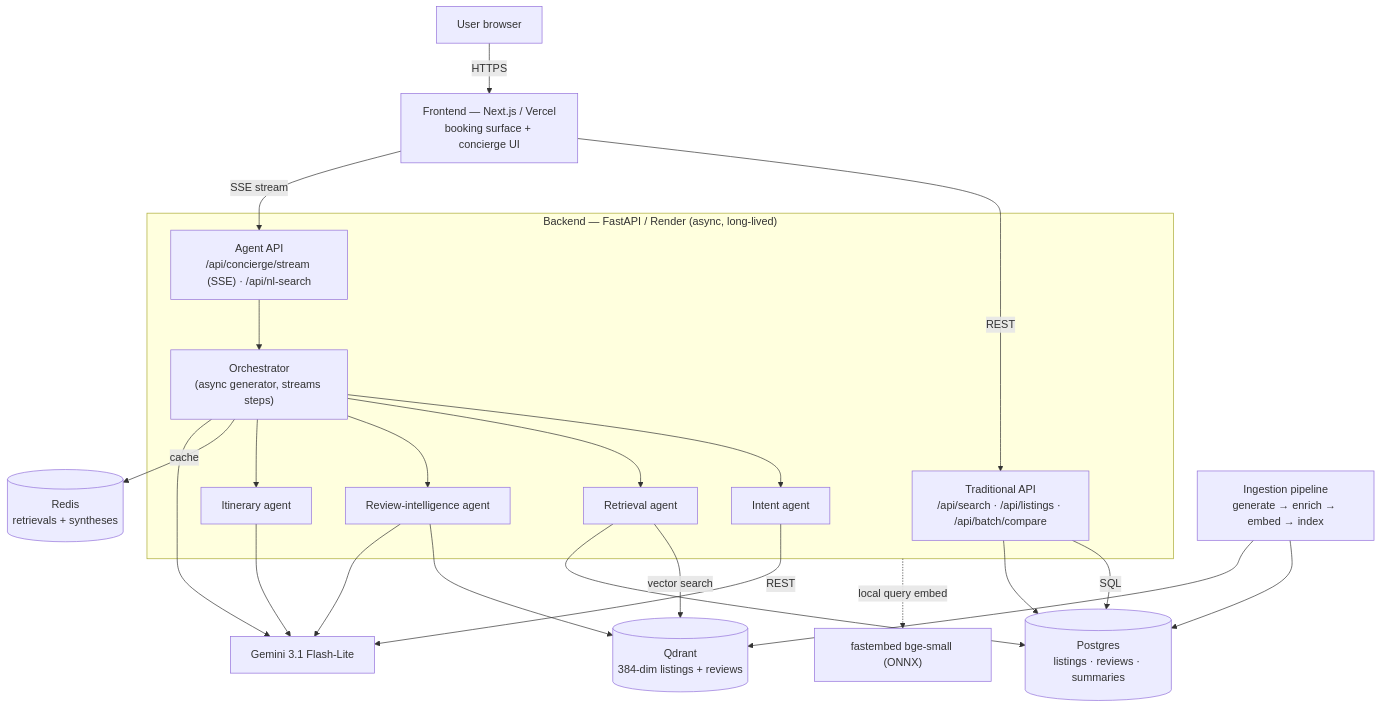
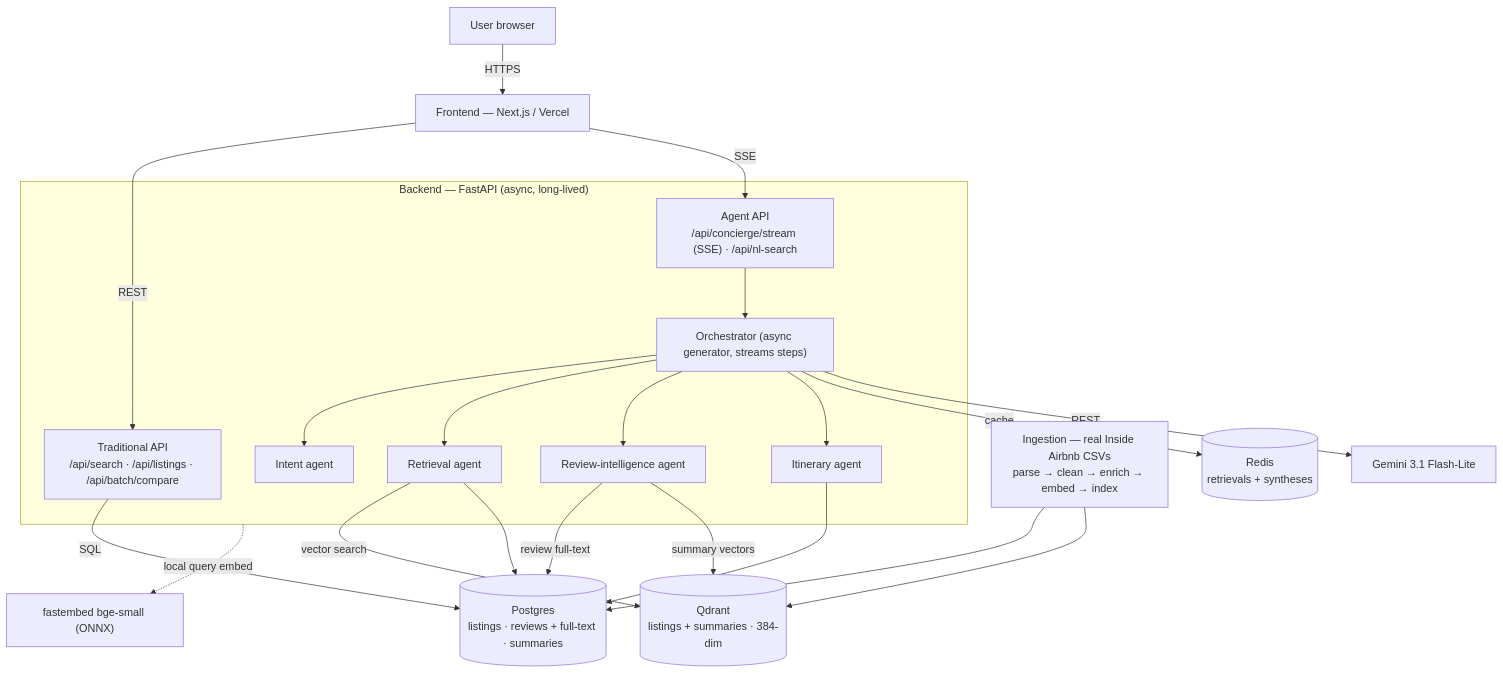
One commit to pRiMeXoMeGa/travel-discovery-ai changed the diagram in README.md. Above: the diagram before and after it, drawn with Mermaid. The commit also changed other lines of this file and 24 other files, not shown here.

````diff
--- a/README.md
+++ b/README.md
@@ -20,32 +20,30 @@
 ```mermaid
 flowchart TD
-    U[User browser] -->|HTTPS| FE["Frontend — Next.js / Vercel<br/>booking surface + concierge UI"]
+    U[User browser] -->|HTTPS| FE["Frontend — Next.js / Vercel"]
     FE -->|REST| API
-    FE -->|SSE stream| STREAM
+    FE -->|SSE| STREAM
 
-    subgraph BE["Backend — FastAPI / Render (async, long-lived)"]
+    subgraph BE["Backend — FastAPI (async, long-lived)"]
         API["Traditional API<br/>/api/search · /api/listings · /api/batch/compare"]
         STREAM["Agent API<br/>/api/concierge/stream (SSE) · /api/nl-search"]
-        ORCH["Orchestrator<br/>(async generator, streams steps)"]
+        ORCH["Orchestrator (async generator, streams steps)"]
         STREAM --> ORCH
         ORCH --> AINT[Intent agent]
         ORCH --> ARET[Retrieval agent]
         ORCH --> AREV[Review-intelligence agent]
         ORCH --> AITI[Itinerary agent]
     end
 
-    API -->|SQL| PG[("Postgres<br/>listings · reviews · summaries")]
-    ARET -->|vector search| QD[("Qdrant<br/>384-dim listings + reviews")]
-    AREV --> QD
-    API --> PG
+    API -->|SQL| PG[("Postgres<br/>listings · reviews + full-text · summaries")]
+    ARET -->|vector search| QD[("Qdrant<br/>listings + summaries · 384-dim")]
     ARET --> PG
+    AREV -->|review full-text| PG
+    AREV -->|summary vectors| QD
+    AITI --> PG
     ORCH -->|cache| RD[("Redis<br/>retrievals + syntheses")]
-    AINT -->|REST| LLM["Gemini 3.1 Flash-Lite"]
-    AREV --> LLM
-    AITI --> LLM
-    ORCH --> LLM
+    ORCH -->|REST| LLM["Gemini 3.1 Flash-Lite"]
     BE -.->|local query embed| EMB["fastembed bge-small (ONNX)"]
 
-    ING["Ingestion pipeline<br/>generate → enrich → embed → index"] --> PG
+    ING["Ingestion — real Inside Airbnb CSVs<br/>parse → clean → enrich → embed → index"] --> PG
     ING --> QD
 ```
````
